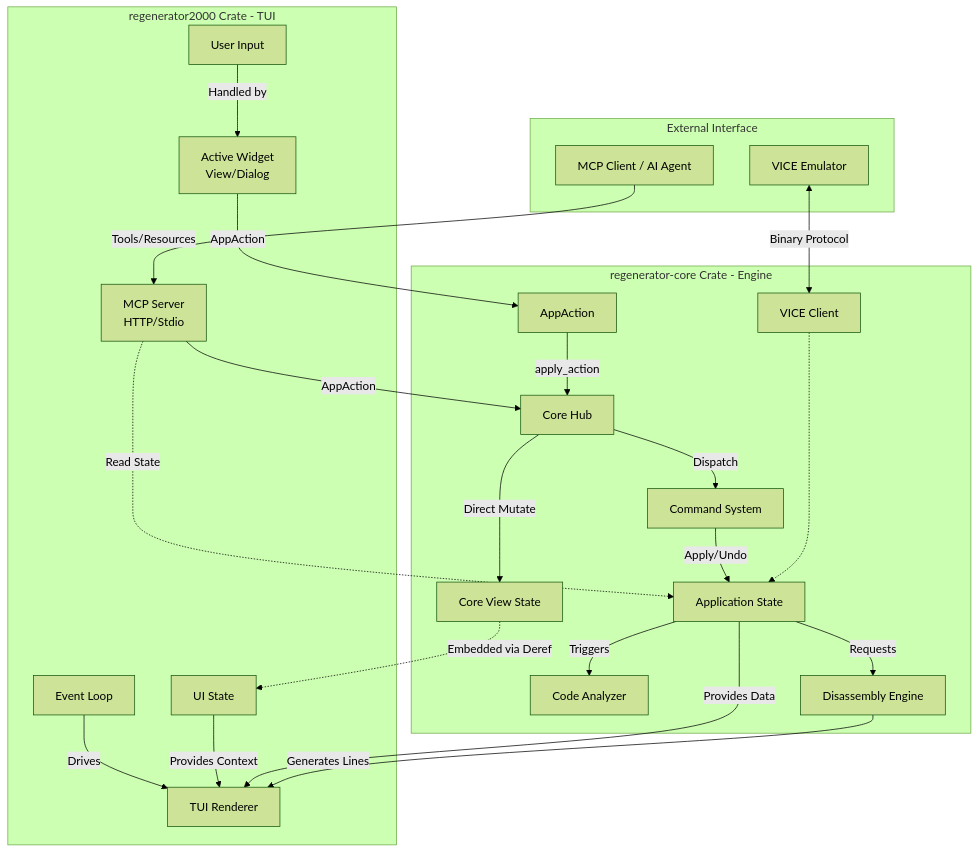
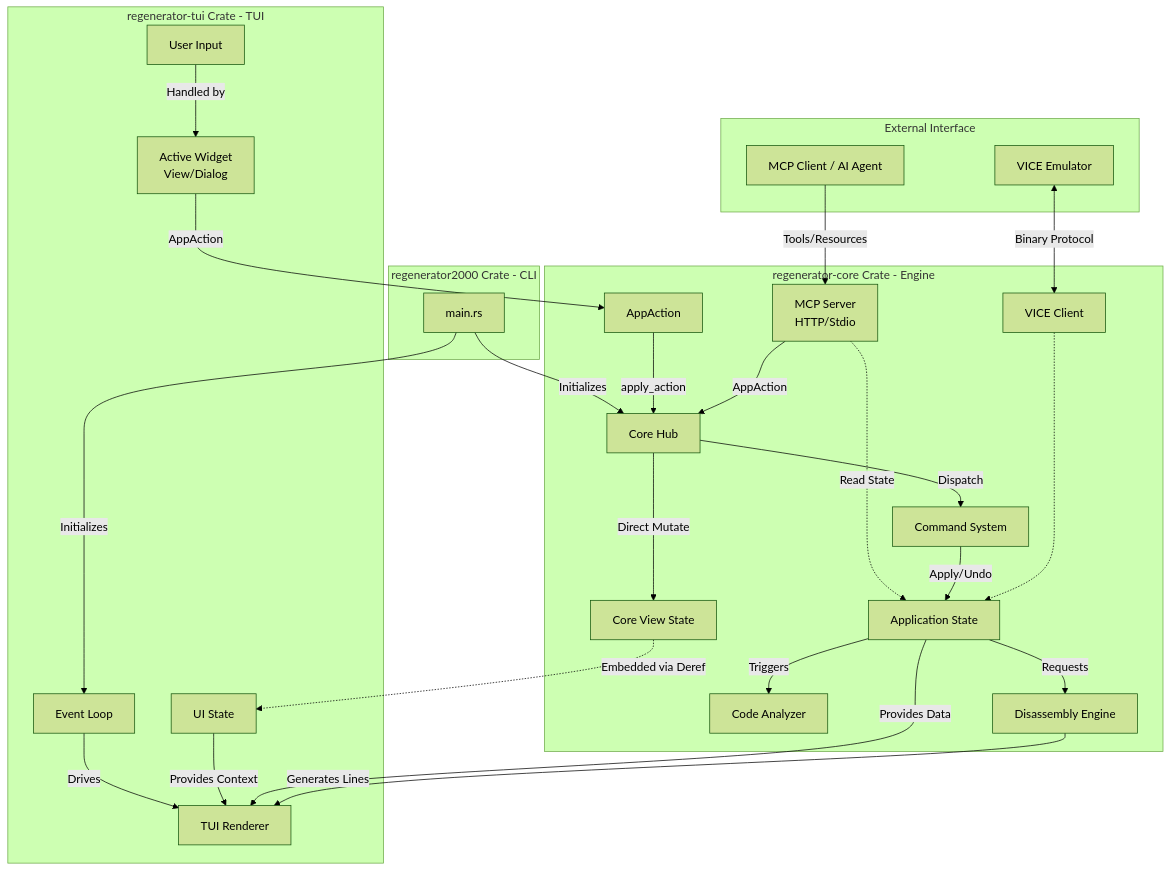
Before and after one commit to ricardoquesada/regenerator2000: the diagram in docs/architecture.md, drawn with Mermaid (forest theme). The commit also changed other lines of this file, not shown here.

Commit message:
docs: Update architecture diagram and workspace structure to reflect the new `regenerator-tui` crate, `regenerator2000` as a CLI binary, and `MCPServer` moved to the core crate.

````diff
--- a/docs/architecture.md
+++ b/docs/architecture.md
@@ -7,52 +7,58 @@
 ```mermaid
 flowchart TD
-    subgraph r2k [regenerator2000 Crate - TUI]
+    subgraph bin [regenerator2000 Crate - CLI]
+        Main[main.rs]
+    end
+
+    subgraph tui_crate [regenerator-tui Crate - TUI]
         Input[User Input]
         EventLoop[Event Loop]
         Widget[Active Widget<br/>View/Dialog]
         Renderer[TUI Renderer]
         UIState[UI State]
-        MCPServer[MCP Server<br/>HTTP/Stdio]
     end
 
     subgraph core_crate [regenerator-core Crate - Engine]
         Core[Core Hub]
         Action[AppAction]
         CommandSys[Command System]
         AppState[Application State]
         CoreViewState[Core View State]
         Analyzer[Code Analyzer]
         DisasmEngine[Disassembly Engine]
         ViceClient[VICE Client]
+        MCPServer[MCP Server<br/>HTTP/Stdio]
     end
 
     subgraph External [External Interface]
         MCPClient[MCP Client / AI Agent]
         VICE[VICE Emulator]
     end
 
+    Main -->|Initializes| Core
+    Main -->|Initializes| EventLoop
     Input -->|Handled by| Widget
     EventLoop -->|Drives| Renderer
     Widget -->|AppAction| Action
     Action -->|apply_action| Core
 
     MCPClient -->|Tools/Resources| MCPServer
     MCPServer -->|AppAction| Core
     MCPServer -.->|Read State| AppState
 
     Core -->|Dispatch| CommandSys
     Core -->|Direct Mutate| CoreViewState
 
     CommandSys -->|Apply/Undo| AppState
 
     AppState -->|Requests| DisasmEngine
     AppState -->|Triggers| Analyzer
 
     CoreViewState -.->|Embedded via Deref| UIState
     UIState -->|Provides Context| Renderer
     AppState -->|Provides Data| Renderer
     DisasmEngine -->|Generates Lines| Renderer
 
     VICE <-->|Binary Protocol| ViceClient
     ViceClient -.-> AppState
 ```
````
